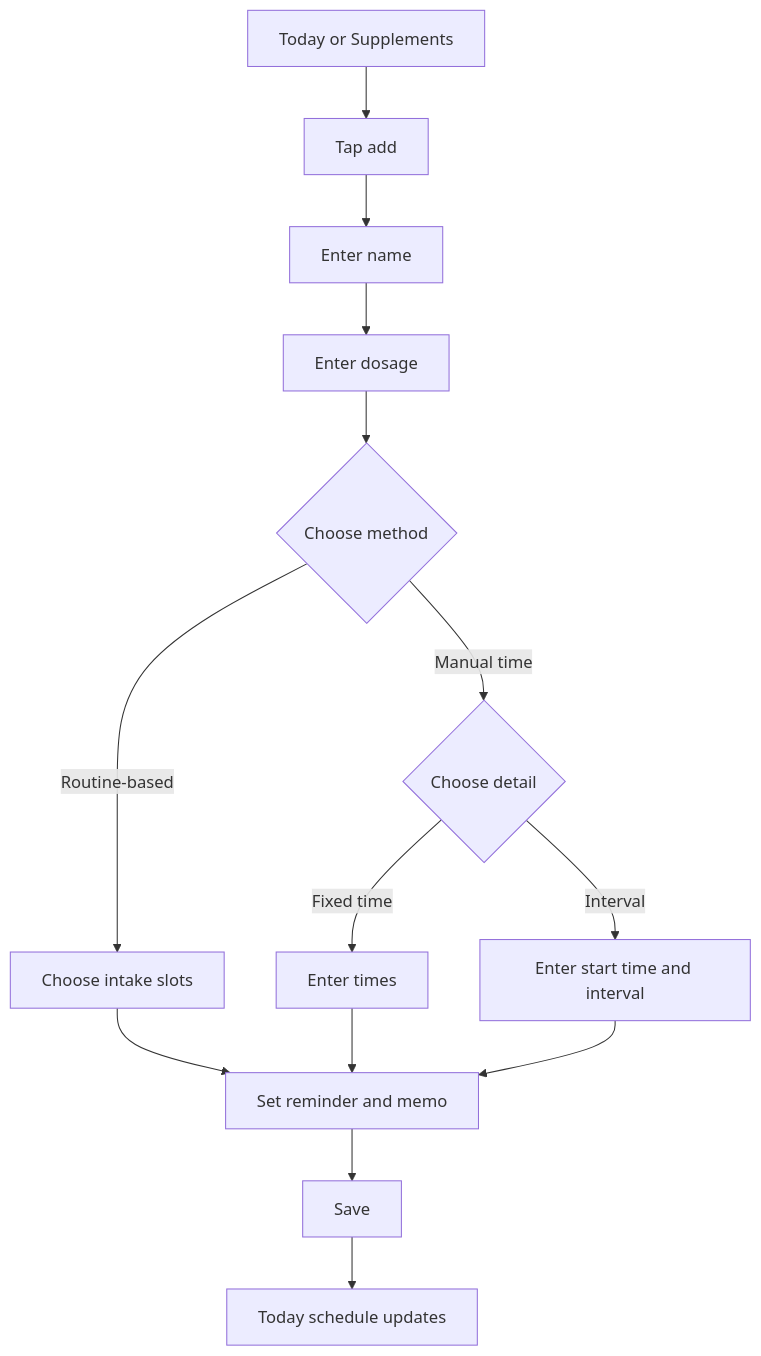
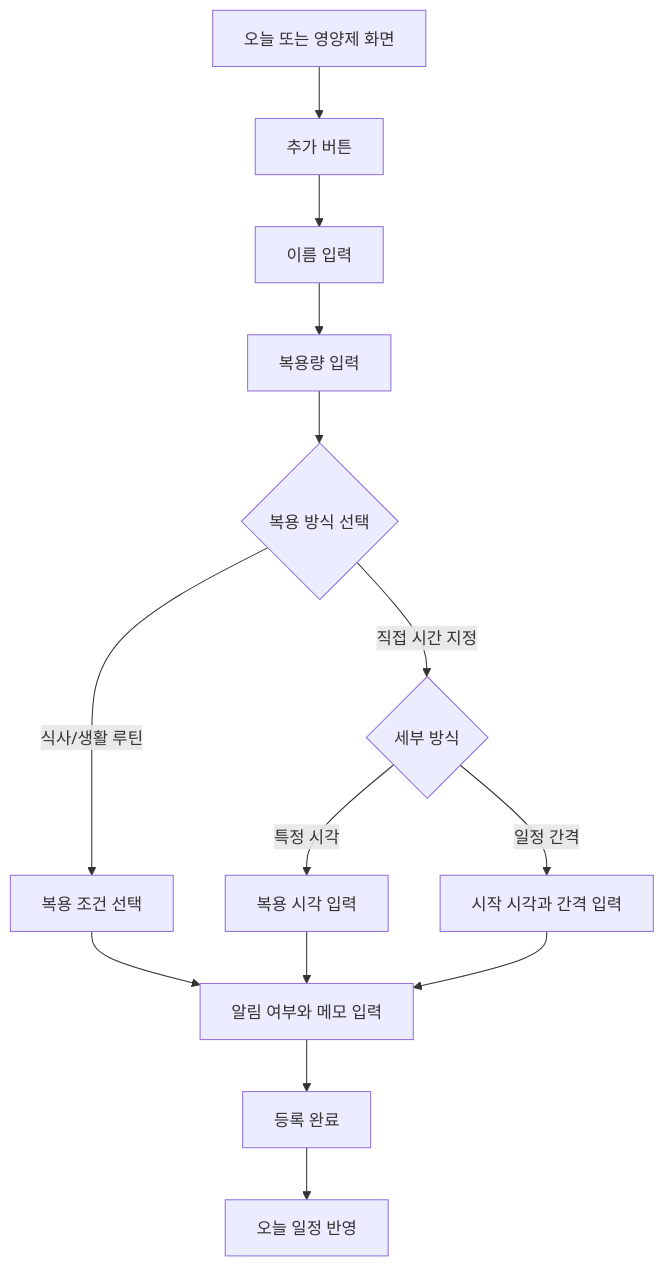
One commit to Jiyeong-kor/supplement_routine changed the second of 6 diagrams in docs/user_flow.md. Above: the diagram before and after it, drawn with Mermaid. The commit also changed other lines of this file and 17 other files, not shown here.

````diff
--- a/docs/user_flow.md
+++ b/docs/user_flow.md
@@ -26,16 +26,16 @@
 ```mermaid
 flowchart TD
-    A["Today or Supplements"] --> B["Tap add"]
-    B --> C["Enter name"]
-    C --> D["Enter dosage"]
-    D --> E{"Choose method"}
-    E -->|Routine-based| F["Choose intake slots"]
-    E -->|Manual time| G{"Choose detail"}
-    G -->|Fixed time| H["Enter times"]
-    G -->|Interval| I["Enter start time and interval"]
-    F --> J["Set reminder and memo"]
+    A["오늘 또는 영양제 화면"] --> B["추가 버튼"]
+    B --> C["이름 입력"]
+    C --> D["복용량 입력"]
+    D --> E{"복용 방식 선택"}
+    E -->|식사/생활 루틴| F["복용 조건 선택"]
+    E -->|직접 시간 지정| G{"세부 방식"}
+    G -->|특정 시각| H["복용 시각 입력"]
+    G -->|일정 간격| I["시작 시각과 간격 입력"]
+    F --> J["알림 여부와 메모 입력"]
     H --> J
     I --> J
-    J --> K["Save"]
-    K --> L["Today schedule updates"]
+    J --> K["등록 완료"]
+    K --> L["오늘 일정 반영"]
 ```
````
